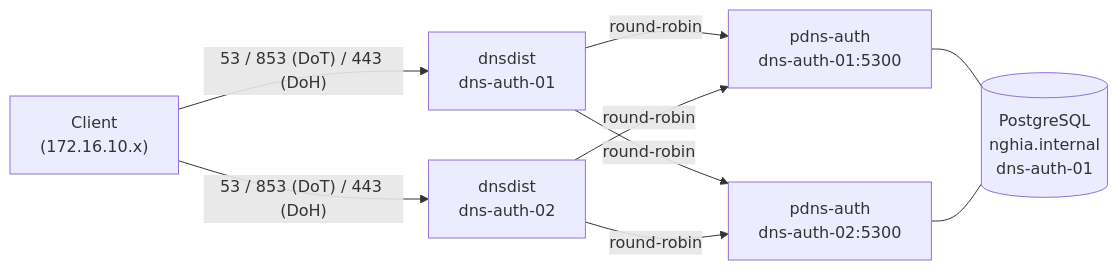
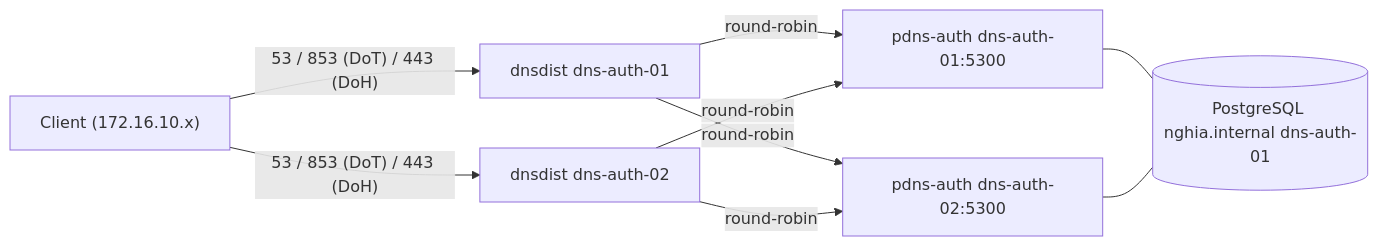
One commit to Tn9hia/GitOps-Project changed the diagram in docs/powerdns/01-powerdns-auth-dnsdist.md. Above: the diagram before and after it, drawn with Mermaid. The commit also changed other lines of this file and 30 other files, not shown here.

````diff
--- a/docs/powerdns/01-powerdns-auth-dnsdist.md
+++ b/docs/powerdns/01-powerdns-auth-dnsdist.md
@@ -18,13 +18,13 @@
 ```mermaid
 graph LR
-    A["Client\n(172.16.10.x)"] -->|"53 / 853 (DoT) / 443 (DoH)"| B1["dnsdist\ndns-auth-01"]
-    A -->|"53 / 853 (DoT) / 443 (DoH)"| B2["dnsdist\ndns-auth-02"]
+    A["Client (172.16.10.x)"] -->|"53 / 853 (DoT) / 443 (DoH)"| B1["dnsdist dns-auth-01"]
+    A -->|"53 / 853 (DoT) / 443 (DoH)"| B2["dnsdist dns-auth-02"]
 
-    B1 -->|"round-robin"| C1["pdns-auth\ndns-auth-01:5300"]
-    B1 -->|"round-robin"| C2["pdns-auth\ndns-auth-02:5300"]
+    B1 -->|"round-robin"| C1["pdns-auth dns-auth-01:5300"]
+    B1 -->|"round-robin"| C2["pdns-auth dns-auth-02:5300"]
     B2 -->|"round-robin"| C1
     B2 -->|"round-robin"| C2
 
-    C1 --- D[("PostgreSQL\nnghia.internal\ndns-auth-01")]
+    C1 --- D[("PostgreSQL nghia.internal dns-auth-01")]
     C2 --- D
 ```
````
